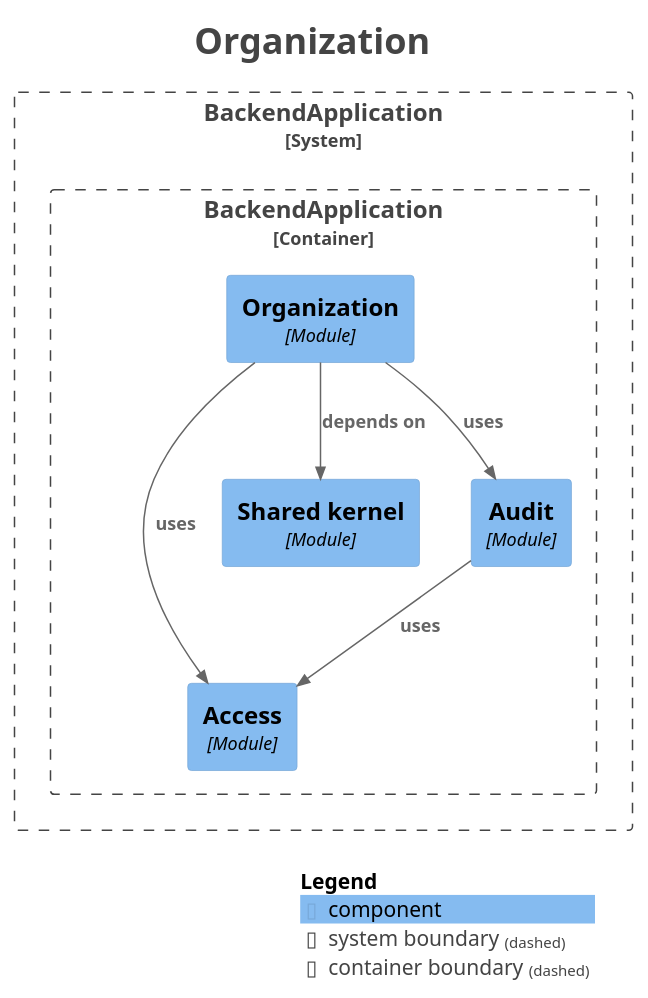
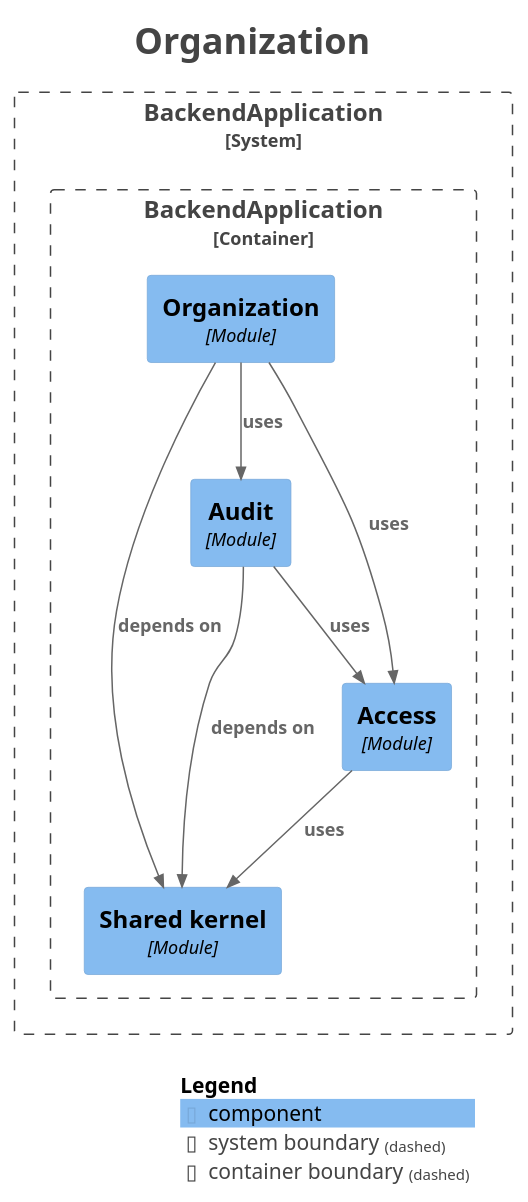
One commit to fxavier/restaurantePRO changed the diagram in docs/architecture/modules/module-organization.puml. Above: the diagram before and after it, drawn with PlantUML. The commit also changed 28 other files, not shown here.

First line of the commit message:
docs(architecture): regenerate the Modulith module docs for R3

```diff
--- a/docs/architecture/modules/module-organization.puml
+++ b/docs/architecture/modules/module-organization.puml
@@ -1,35 +1,37 @@
 @startuml
 title <size:24>Organization</size>
 
 set separator none
 top to bottom direction
 
 <style>
   root {
     BackgroundColor: #ffffff
     FontColor: #444444
   }
 </style>
 
 !include <C4/C4>
 !include <C4/C4_Context>
 !include <C4/C4_Component>
 
 System_Boundary("BackendApplication_boundary", "BackendApplication", $tags="") {
   Container_Boundary("BackendApplication.BackendApplication_boundary", "BackendApplication", $tags="") {
+    Component(BackendApplication.BackendApplication.Sharedkernel, "Shared kernel", $techn="Module", $descr="", $tags="", $link="")
     Component(BackendApplication.BackendApplication.Access, "Access", $techn="Module", $descr="", $tags="", $link="")
-    Component(BackendApplication.BackendApplication.Sharedkernel, "Shared kernel", $techn="Module", $descr="", $tags="", $link="")
     Component(BackendApplication.BackendApplication.Audit, "Audit", $techn="Module", $descr="", $tags="", $link="")
     Component(BackendApplication.BackendApplication.Organization, "Organization", $techn="Module", $descr="", $tags="", $link="")
   }
 
 }
 
-Rel(BackendApplication.BackendApplication.Audit, BackendApplication.BackendApplication.Access, "uses", $techn="", $tags="", $link="")
 Rel(BackendApplication.BackendApplication.Organization, BackendApplication.BackendApplication.Sharedkernel, "depends on", $techn="", $tags="", $link="")
 Rel(BackendApplication.BackendApplication.Organization, BackendApplication.BackendApplication.Audit, "uses", $techn="", $tags="", $link="")
 Rel(BackendApplication.BackendApplication.Organization, BackendApplication.BackendApplication.Access, "uses", $techn="", $tags="", $link="")
+Rel(BackendApplication.BackendApplication.Audit, BackendApplication.BackendApplication.Sharedkernel, "depends on", $techn="", $tags="", $link="")
+Rel(BackendApplication.BackendApplication.Audit, BackendApplication.BackendApplication.Access, "uses", $techn="", $tags="", $link="")
+Rel(BackendApplication.BackendApplication.Access, BackendApplication.BackendApplication.Sharedkernel, "uses", $techn="", $tags="", $link="")
 
 SHOW_LEGEND(true)
 hide stereotypes
 @enduml
```
